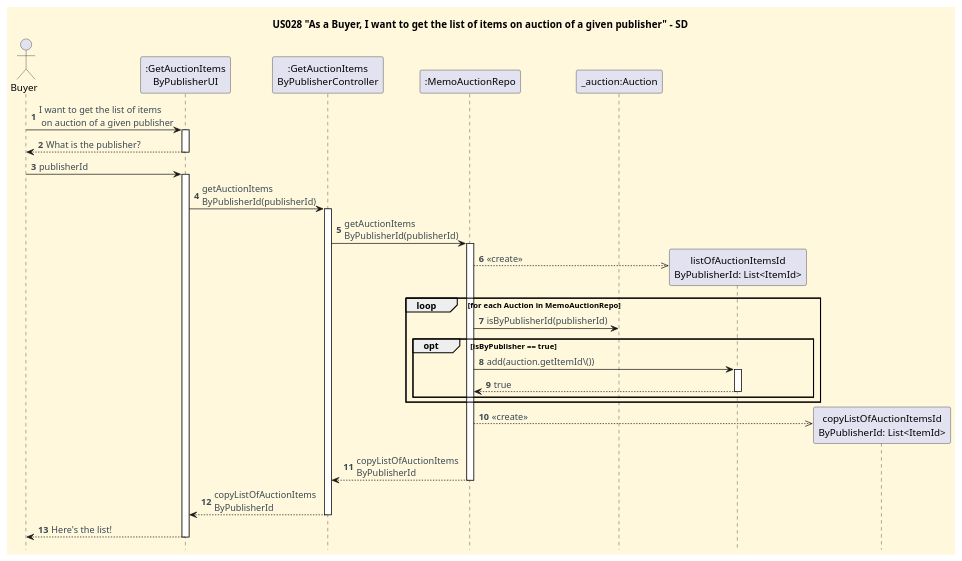
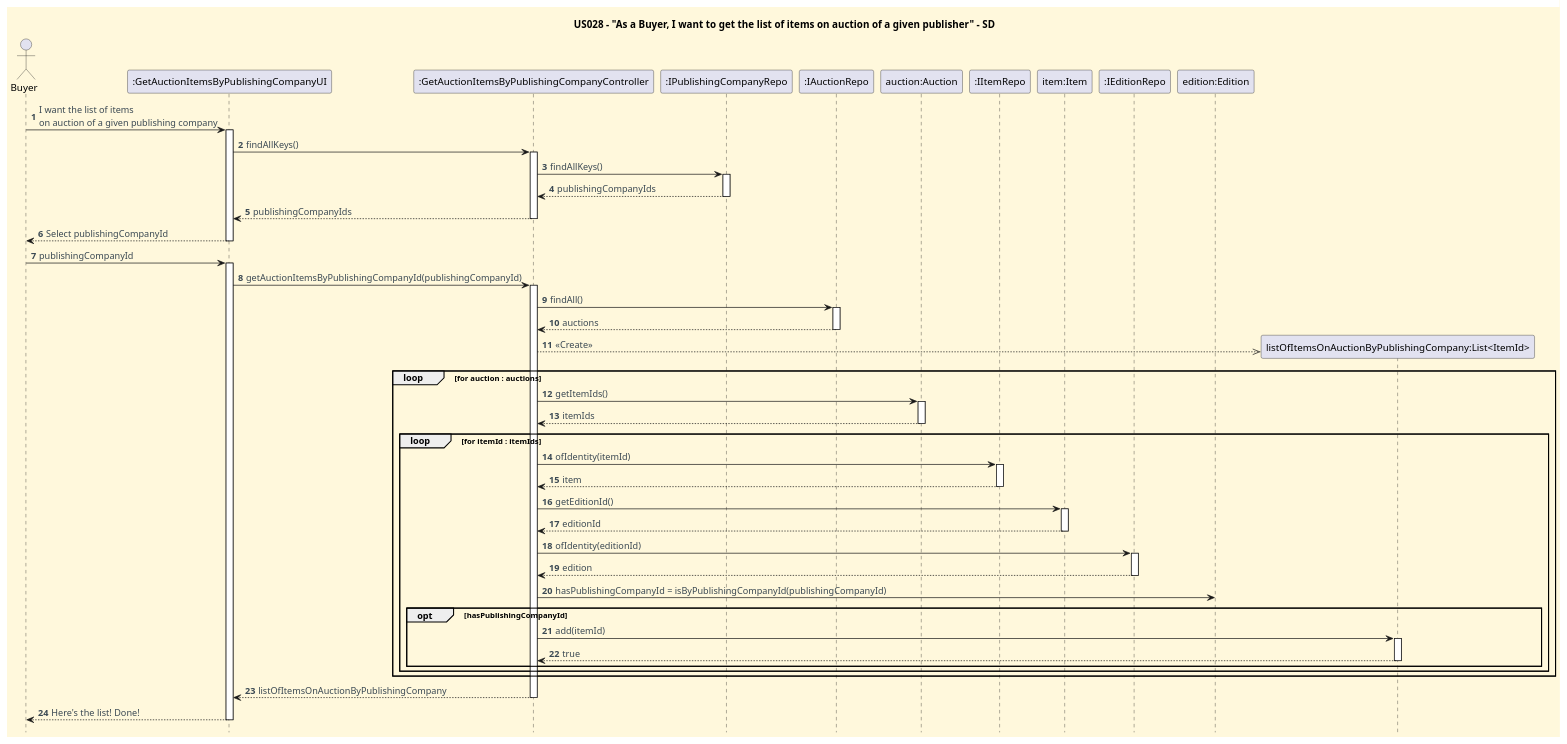
One commit to CarolinaLeite-collab/JavaMarketplacePlatform changed the diagram in docs/user-stories/US028/US028_get_list_of_items_on_auction_of_given_publisher_SD.puml. Above: the diagram before and after it, drawn with PlantUML.

Commit message:
docs: update US028 sd #504

```diff
--- a/docs/user-stories/US028/US028_get_list_of_items_on_auction_of_given_publisher_SD.puml
+++ b/docs/user-stories/US028/US028_get_list_of_items_on_auction_of_given_publisher_SD.puml
@@ -1,69 +1,97 @@
 @startuml
-'https://plantuml.com/sequence-diagram
-
-autonumber
-title US028 "As a Buyer, I want to get the list of items on auction of a given publisher" - SD
-
+title US028 - "As a Buyer, I want to get the list of items on auction of a given publisher" - SD
 hidefootbox
 
-'==== basic style ====
-skinparam monochrome false
 skinparam shadowing false
 skinparam defaultFontName Futura
 skinparam objectFontSize 20
 skinparam backgroundColor CornSilk
 skinparam objectBackgroundColor WhiteSmoke
-skinparam noteBackgroundColor #FFFFE0
 skinparam ArrowFontColor #3B4953
-skinparam ActivationBackgroundColor black
 
 autonumber
 autoactivate off
 
-' --- Actor and participants ---'
 actor Buyer
-participant ":GetAuctionItems\nByPublisherUI" as UI
-participant ":GetAuctionItems\nByPublisherController" as Ctl
-participant ":MemoAuctionRepo" as MemoRepo
-participant "_auction:Auction" as auction
+participant ":GetAuctionItemsByPublishingCompanyUI" as UI
+participant ":GetAuctionItemsByPublishingCompanyController" as CTL
+participant ":IPublishingCompanyRepo" as PCR
+participant ":IAuctionRepo" as DSR
+participant "auction:Auction" as Auction
+participant ":IItemRepo" as IR
+participant "item:Item" as Item
+participant ":IEditionRepo" as ER
+participant "edition:Edition" as Edition
 
-' --- Initial UI interaction ---'
-Buyer -> UI:  I want to get the list of items\n on auction of a given publisher
+
+Buyer -> UI: I want the list of items \non auction of a given publishing company
 activate UI
-UI --> Buyer: What is the publisher?
+UI -> CTL : findAllKeys()
+activate CTL
+CTL -> PCR : findAllKeys()
+activate PCR
+
+PCR --> CTL : publishingCompanyIds
+deactivate PCR
+
+CTL --> UI : publishingCompanyIds
+deactivate CTL
+UI --> Buyer: Select publishingCompanyId
 deactivate UI
-Buyer -> UI: publisherId
+Buyer -> UI: publishingCompanyId
 activate UI
 
-' --- Get auction items ---'
-UI -> Ctl: getAuctionItems\nByPublisherId(publisherId)
-activate Ctl
-Ctl -> MemoRepo: getAuctionItems\nByPublisherId(publisherId)
-activate MemoRepo
 
-'--- Loop through items and select by Publisher ---'
-create "listOfAuctionItemsId\nByPublisherId: List<ItemId>" as List
-MemoRepo -->> List : <<create>>
-loop for each Auction in MemoAuctionRepo
-     MemoRepo -> auction: isByPublisherId(publisherId)
-    opt isByPublisher == true
-        MemoRepo -> List: add(auction.getItemId\())
-        activate List
-        List --> MemoRepo :true
-        Deactivate List
-    end
+UI -> CTL: getAuctionItemsByPublishingCompanyId(publishingCompanyId)
+activate CTL
+
+CTL -> DSR: findAll()
+activate DSR
+
+DSR --> CTL: auctions
+deactivate DSR
+
+create "listOfItemsOnAuctionByPublishingCompany:List<ItemId>"
+CTL -->> "listOfItemsOnAuctionByPublishingCompany:List<ItemId>" : <<Create>>
+
+loop for auction : auctions
+CTL -> Auction : getItemIds()
+activate Auction
+Auction --> CTL : itemIds
+deactivate Auction
+
+loop for itemId : itemIds
+CTL -> IR : ofIdentity(itemId)
+activate IR
+IR --> CTL : item
+deactivate IR
+CTL -> Item : getEditionId()
+activate Item
+Item --> CTL : editionId
+deactivate Item
+
+CTL -> ER : ofIdentity(editionId)
+activate ER
+ER --> CTL : edition
+deactivate ER
+
+
+CTL -> Edition : hasPublishingCompanyId = isByPublishingCompanyId(publishingCompanyId)
+
+opt hasPublishingCompanyId
+CTL -> "listOfItemsOnAuctionByPublishingCompany:List<ItemId>" : add(itemId)
+activate "listOfItemsOnAuctionByPublishingCompany:List<ItemId>"
+"listOfItemsOnAuctionByPublishingCompany:List<ItemId>" --> CTL : true
+deactivate "listOfItemsOnAuctionByPublishingCompany:List<ItemId>"
+end
+end
 end
 
-'--- Make a copy of the list of selected items ---'
-create "copyListOfAuctionItemsId\nByPublisherId: List<ItemId>" as Copy
-MemoRepo -->> Copy : <<create>>
-MemoRepo --> Ctl : copyListOfAuctionItems\nByPublisherId
-deactivate MemoRepo
-Ctl --> UI: copyListOfAuctionItems\nByPublisherId
-deactivate Ctl
 
-'--- Response ---'
-UI --> Buyer: Here's the list!
+CTL --> UI: listOfItemsOnAuctionByPublishingCompany
+deactivate CTL
+
+UI --> Buyer: Here's the list! Done!
 deactivate UI
 
-@enduml
+@enduml@startuml
```
